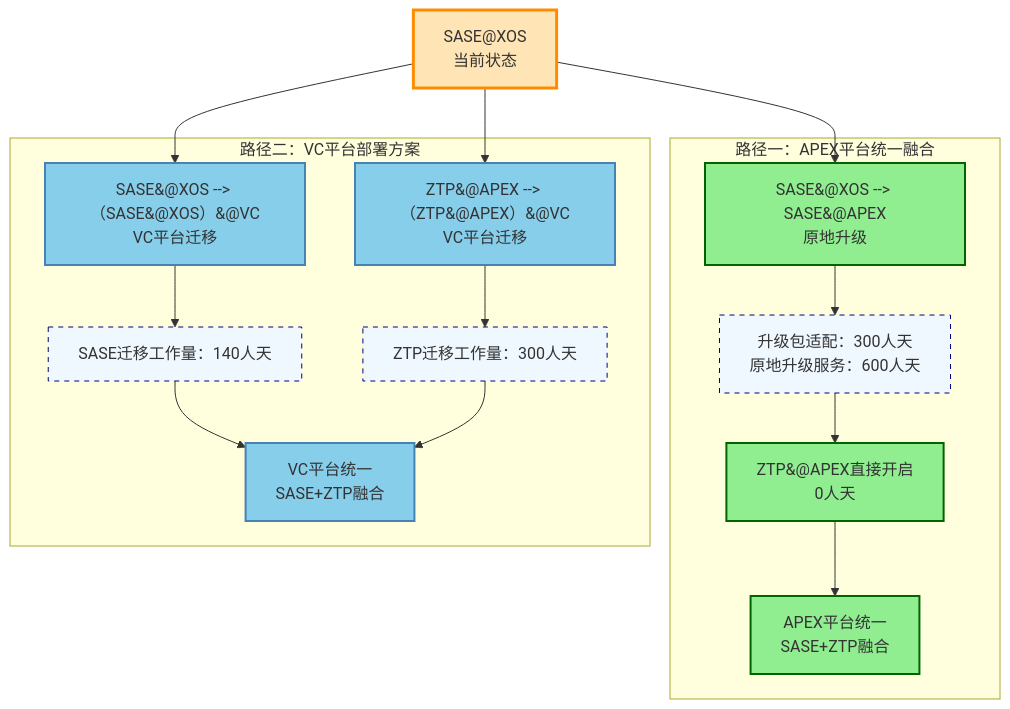
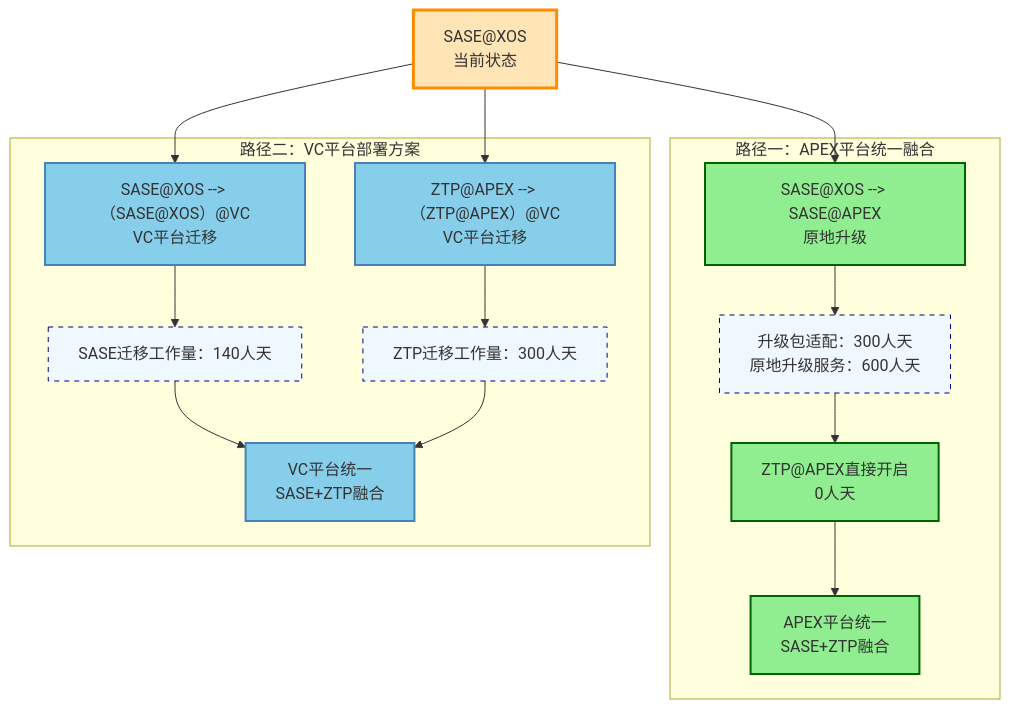
Before and after one commit to turtacn/PersonalAI: the second of 4 diagrams in examples/PA/merge/vc.md, drawn with Mermaid. The commit also changed other lines of this file, not shown here.

Commit message:
cloudlink and slo-sentinel

````diff
--- a/examples/PA/merge/vc.md
+++ b/examples/PA/merge/vc.md
@@ -39,46 +39,46 @@
 ```mermaid
 graph TD
     %% 图例和样式定义
     classDef startNode fill:#FFE4B5,stroke:#FF8C00,stroke-width:3px
     classDef path1Node fill:#90EE90,stroke:#006400,stroke-width:2px
     classDef path2Node fill:#87CEEB,stroke:#4682B4,stroke-width:2px
     classDef finalNode fill:#DDA0DD,stroke:#8B008B,stroke-width:3px
     classDef workload fill:#F0F8FF,stroke:#000080,stroke-width:1px,stroke-dasharray: 5 5
     
     START[SASE#64;XOS<br/>当前状态]
     
     %% 路径一：APEX统一平台
     subgraph PATH1[路径一：APEX平台统一融合]
-        P1_STEP1[SASE&#64;XOS --> SASE&#64;APEX<br/>原地升级]
+        P1_STEP1[SASE#64;XOS --> SASE#64;APEX<br/>原地升级]
         P1_WORK1[升级包适配：300人天<br/>原地升级服务：600人天]
-        P1_STEP2[ZTP&#64;APEX直接开启<br/>0人天]
+        P1_STEP2[ZTP#64;APEX直接开启<br/>0人天]
         P1_FINAL[APEX平台统一<br/>SASE+ZTP融合]
         
         P1_STEP1 --> P1_WORK1
         P1_WORK1 --> P1_STEP2
         P1_STEP2 --> P1_FINAL
     end
     
     %% 路径二：VC平台部署
     subgraph PATH2[路径二：VC平台部署方案]
-        P2_STEP1[SASE&#64;XOS --> （SASE&#64;XOS）&#64;VC<br/>VC平台迁移]
+        P2_STEP1[SASE#64;XOS --> （SASE#64;XOS）#64;VC<br/>VC平台迁移]
         P2_WORK1[SASE迁移工作量：140人天]
-        P2_STEP2[ZTP&#64;APEX --> （ZTP&#64;APEX）&#64;VC<br/>VC平台迁移]
+        P2_STEP2[ZTP#64;APEX --> （ZTP#64;APEX）#64;VC<br/>VC平台迁移]
         P2_WORK2[ZTP迁移工作量：300人天]
         P2_FINAL[VC平台统一<br/>SASE+ZTP融合]
         
         P2_STEP1 --> P2_WORK1
         P2_STEP2 --> P2_WORK2
         P2_WORK1 --> P2_FINAL
         P2_WORK2 --> P2_FINAL
     end
     
     START --> P1_STEP1
     START --> P2_STEP1
     START --> P2_STEP2
     
     class START startNode
     class P1_STEP1,P1_STEP2,P1_FINAL path1Node
     class P2_STEP1,P2_STEP2,P2_FINAL path2Node
     class P1_WORK1,P2_WORK1,P2_WORK2 workload
 ```
````
